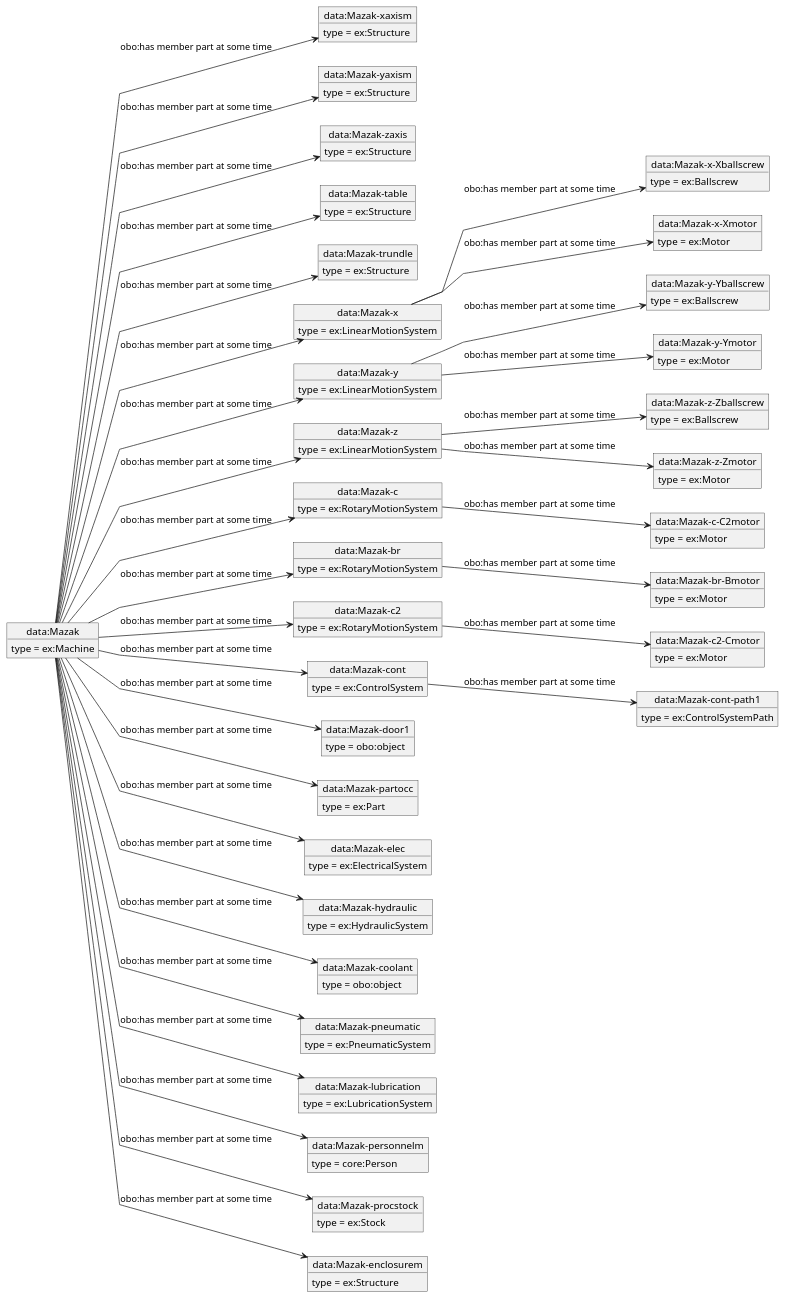
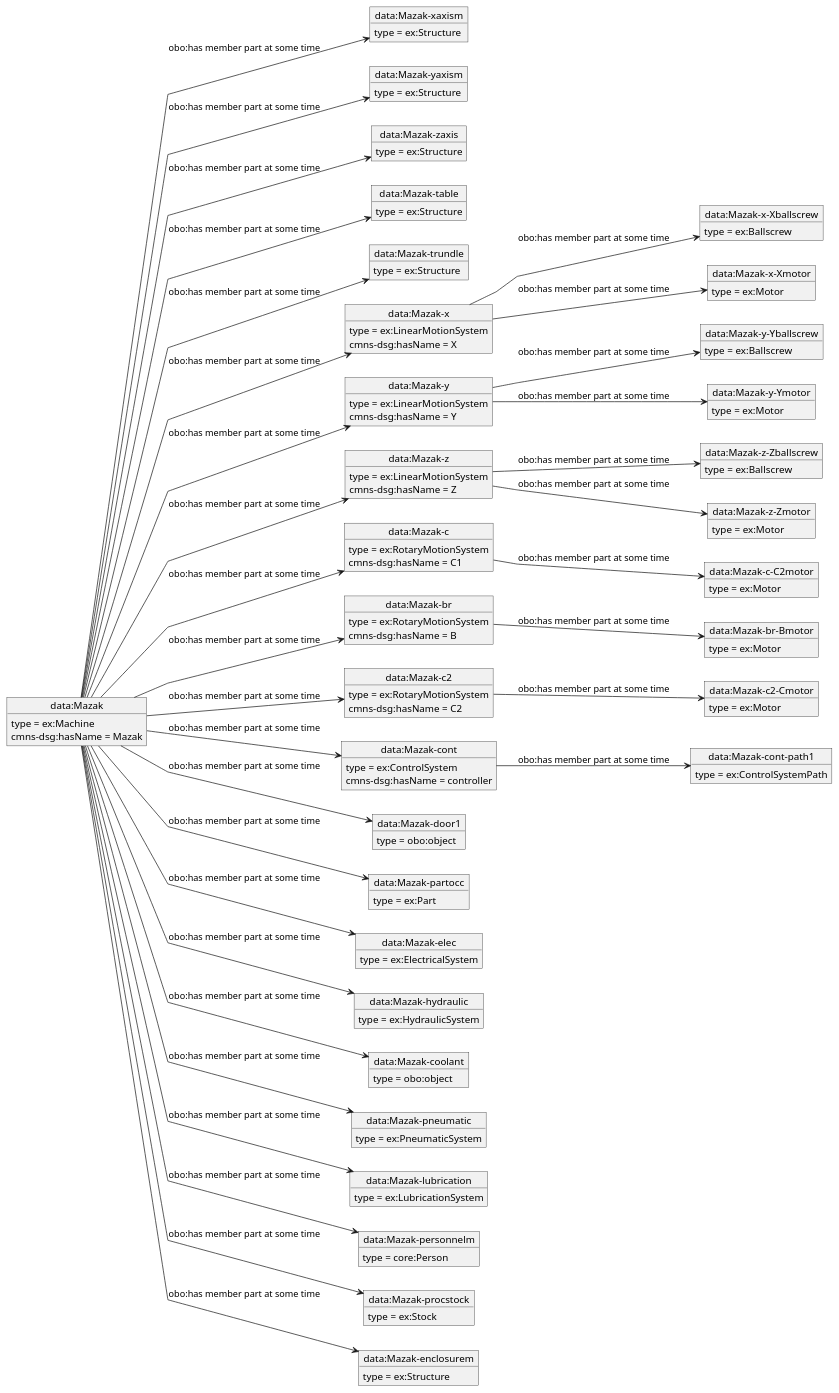
One commit to iofoundry/example-syseng-mtconnect changed the diagram in MazakMere.puml. Above: the diagram before and after it, drawn with PlantUML. The commit also changed 10 other files, not shown here.

```diff
--- a/MazakMere.puml
+++ b/MazakMere.puml
@@ -1,135 +1,143 @@
 @startuml
 skinparam linetype polyline
 left to right direction
 object "data:Mazak" as o1 {
  type = ex:Machine
  }
 object "data:Mazak-xaxism" as o2 {
  type = ex:Structure
  }
 object "data:Mazak-yaxism" as o3 {
  type = ex:Structure
  }
 object "data:Mazak-zaxis" as o4 {
  type = ex:Structure
  }
 object "data:Mazak-table" as o5 {
  type = ex:Structure
  }
 object "data:Mazak-trundle" as o6 {
  type = ex:Structure
  }
 object "data:Mazak-x" as o7 {
  type = ex:LinearMotionSystem
  }
 object "data:Mazak-y" as o8 {
  type = ex:LinearMotionSystem
  }
 object "data:Mazak-z" as o9 {
  type = ex:LinearMotionSystem
  }
 object "data:Mazak-c" as o10 {
  type = ex:RotaryMotionSystem
  }
 object "data:Mazak-br" as o11 {
  type = ex:RotaryMotionSystem
  }
 object "data:Mazak-c2" as o12 {
  type = ex:RotaryMotionSystem
  }
 object "data:Mazak-cont" as o13 {
  type = ex:ControlSystem
  }
 object "data:Mazak-door1" as o14 {
  type = obo:object
  }
 object "data:Mazak-partocc" as o15 {
  type = ex:Part
  }
 object "data:Mazak-elec" as o16 {
  type = ex:ElectricalSystem
  }
 object "data:Mazak-hydraulic" as o17 {
  type = ex:HydraulicSystem
  }
 object "data:Mazak-coolant" as o18 {
  type = obo:object
  }
 object "data:Mazak-pneumatic" as o19 {
  type = ex:PneumaticSystem
  }
 object "data:Mazak-lubrication" as o20 {
  type = ex:LubricationSystem
  }
 object "data:Mazak-personnelm" as o21 {
  type = core:Person
  }
 object "data:Mazak-procstock" as o22 {
  type = ex:Stock
  }
 object "data:Mazak-enclosurem" as o23 {
  type = ex:Structure
  }
 object "data:Mazak-x-Xballscrew" as o24 {
  type = ex:Ballscrew
  }
 object "data:Mazak-x-Xmotor" as o25 {
  type = ex:Motor
  }
 object "data:Mazak-y-Yballscrew" as o26 {
  type = ex:Ballscrew
  }
 object "data:Mazak-y-Ymotor" as o27 {
  type = ex:Motor
  }
 object "data:Mazak-z-Zballscrew" as o28 {
  type = ex:Ballscrew
  }
 object "data:Mazak-z-Zmotor" as o29 {
  type = ex:Motor
  }
 object "data:Mazak-c-C2motor" as o30 {
  type = ex:Motor
  }
 object "data:Mazak-br-Bmotor" as o31 {
  type = ex:Motor
  }
 object "data:Mazak-c2-Cmotor" as o32 {
  type = ex:Motor
  }
 object "data:Mazak-cont-path1" as o33 {
  type = ex:ControlSystemPath
  }
 o1 --> o2 : obo:has member part at some time
+o1 : cmns-dsg:hasName = Mazak
 o1 --> o3 : obo:has member part at some time
 o1 --> o4 : obo:has member part at some time
 o1 --> o5 : obo:has member part at some time
 o1 --> o6 : obo:has member part at some time
 o1 --> o7 : obo:has member part at some time
 o1 --> o8 : obo:has member part at some time
 o1 --> o9 : obo:has member part at some time
 o1 --> o10 : obo:has member part at some time
 o1 --> o11 : obo:has member part at some time
 o1 --> o12 : obo:has member part at some time
 o1 --> o13 : obo:has member part at some time
 o1 --> o14 : obo:has member part at some time
 o1 --> o15 : obo:has member part at some time
 o1 --> o16 : obo:has member part at some time
 o1 --> o17 : obo:has member part at some time
 o1 --> o18 : obo:has member part at some time
 o1 --> o19 : obo:has member part at some time
 o1 --> o20 : obo:has member part at some time
 o1 --> o21 : obo:has member part at some time
 o1 --> o22 : obo:has member part at some time
 o1 --> o23 : obo:has member part at some time
 o7 --> o24 : obo:has member part at some time
+o7 : cmns-dsg:hasName = X
 o7 --> o25 : obo:has member part at some time
 o8 --> o26 : obo:has member part at some time
+o8 : cmns-dsg:hasName = Y
 o8 --> o27 : obo:has member part at some time
 o9 --> o28 : obo:has member part at some time
+o9 : cmns-dsg:hasName = Z
 o9 --> o29 : obo:has member part at some time
 o10 --> o30 : obo:has member part at some time
+o10 : cmns-dsg:hasName = C1
 o11 --> o31 : obo:has member part at some time
+o11 : cmns-dsg:hasName = B
 o12 --> o32 : obo:has member part at some time
+o12 : cmns-dsg:hasName = C2
 o13 --> o33 : obo:has member part at some time
+o13 : cmns-dsg:hasName = controller
 @enduml
```
